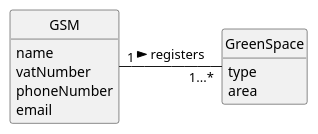
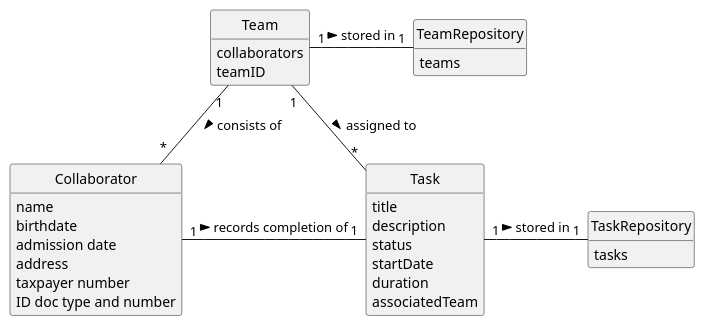
One commit to tiagosoa/lei-24-s2-1dgh-g073 changed the diagram in docs/sprint3/us029/02.analysis/puml/us020-domain-model.puml. Above: the diagram before and after it, drawn with PlantUML. The commit also changed 13 other files, not shown here.

```diff
--- a/docs/sprint3/us029/02.analysis/puml/us020-domain-model.puml
+++ b/docs/sprint3/us029/02.analysis/puml/us020-domain-model.puml
@@ -1,39 +1,62 @@
 @startuml
 skinparam monochrome true
 skinparam packageStyle rectangle
 skinparam shadowing false
 
 'left to right direction
 
 skinparam classAttributeIconSize 0
 
 hide circle
 hide methods
 
 'title Domain Model
 
 'class Platform {
 '  -description
 '}
 
-class GSM {
+class Collaborator {
     name
-    vatNumber
-    phoneNumber
-    email
+    birthdate
+    admission date
+    address
+    contact info (mobile and email)
+    taxpayer number
+    ID doc type and number
 }
 
-class GreenSpace {
-    type
-    area
+class Task {
+    title
+    description
+    status
+    startDate
+    duration
+    associatedTeam
+}
+
+class TeamRepository {
+    teams
+}
+
+class TaskRepository {
+    tasks
+}
+
+class Team {
+    collaborators
+    teamID
 }
 
 'class User {
 '    name
 '    email
 '    password
 '}
 
-GSM "1" - "1...*" GreenSpace: registers >
-
-@enduml
+Team "1" -- "*" Collaborator: consists of >
+Team "1" - "1" TeamRepository: stored in >
+Collaborator "1" - "1" Task: records completion of >
+Task "1" - "1" TaskRepository: stored in >
+Team "1" - "*" Task: assigned to >
+@endumli
```
